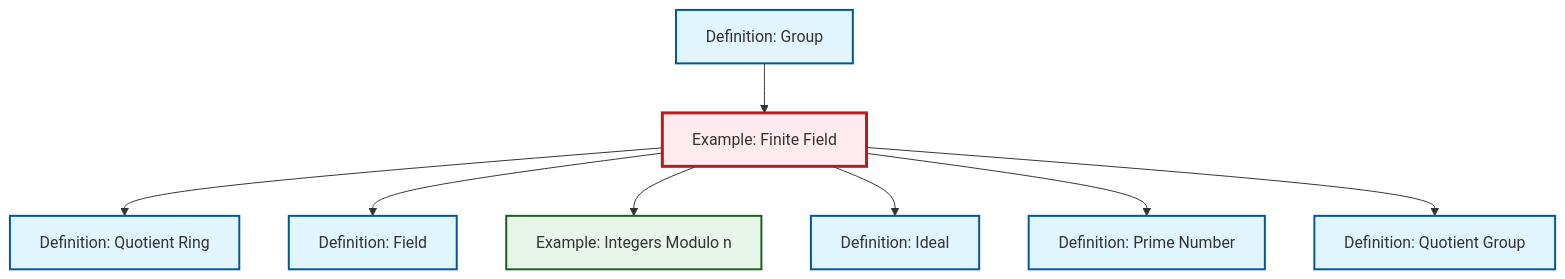
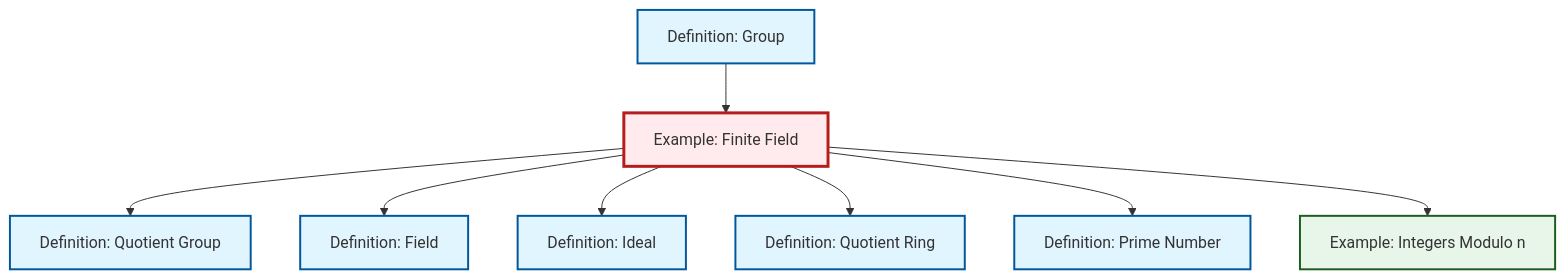
The diagram in content/en/algebra/ex-finite-field.qmd (RK0429/ModernMath), drawn with Mermaid before and after one commit. The commit also changed other lines of this file and 1012 other files, not shown here.

````diff
--- a/content/en/algebra/ex-finite-field.qmd
+++ b/content/en/algebra/ex-finite-field.qmd
@@ -66,32 +66,32 @@
 ```{mermaid}
 %%| fig-cap: "Local dependency graph"
 graph TD
     classDef definition fill:#e1f5fe,stroke:#01579b,stroke-width:2px
     classDef theorem fill:#f3e5f5,stroke:#4a148c,stroke-width:2px
     classDef axiom fill:#fff3e0,stroke:#e65100,stroke-width:2px
     classDef example fill:#e8f5e9,stroke:#1b5e20,stroke-width:2px
     classDef current fill:#ffebee,stroke:#b71c1c,stroke-width:3px
+    def-field["Definition: Field"]:::definition
     def-ideal["Definition: Ideal"]:::definition
-    def-group["Definition: Group"]:::definition
-    def-field["Definition: Field"]:::definition
+    ex-finite-field["Example: Finite Field"]:::example
     def-quotient-ring["Definition: Quotient Ring"]:::definition
     def-quotient-group["Definition: Quotient Group"]:::definition
+    def-prime["Definition: Prime Number"]:::definition
+    def-group["Definition: Group"]:::definition
     ex-quotient-integers-mod-n["Example: Integers Modulo n"]:::example
-    def-prime["Definition: Prime Number"]:::definition
-    ex-finite-field["Example: Finite Field"]:::example
-    ex-finite-field --> def-quotient-ring
-    ex-finite-field --> def-field
-    ex-finite-field --> ex-quotient-integers-mod-n
-    ex-finite-field --> def-ideal
-    ex-finite-field --> def-prime
     ex-finite-field --> def-quotient-group
     def-group --> ex-finite-field
+    ex-finite-field --> def-field
+    ex-finite-field --> def-ideal
+    ex-finite-field --> def-quotient-ring
+    ex-finite-field --> def-prime
+    ex-finite-field --> ex-quotient-integers-mod-n
     class ex-finite-field current
+    click def-field "def-field.html" "Go to Field definition"
     click def-ideal "def-ideal.html" "Go to Ideal definition"
-    click def-group "def-group.html" "Go to Group definition"
-    click def-field "def-field.html" "Go to Field definition"
     click def-quotient-ring "def-quotient-ring.html" "Go to Quotient Ring definition"
     click def-quotient-group "def-quotient-group.html" "Go to Quotient Group definition"
+    click def-prime "def-prime.html" "Go to Prime Number definition"
+    click def-group "def-group.html" "Go to Group definition"
     click ex-quotient-integers-mod-n "ex-quotient-integers-mod-n.html" "Go to Integers Modulo n example"
-    click def-prime "def-prime.html" "Go to Prime Number definition"
 ```
````
